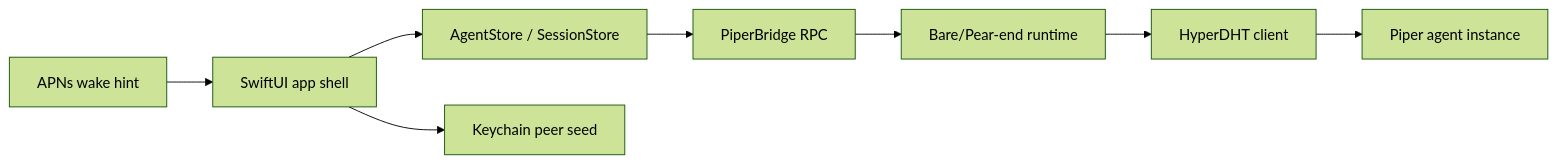
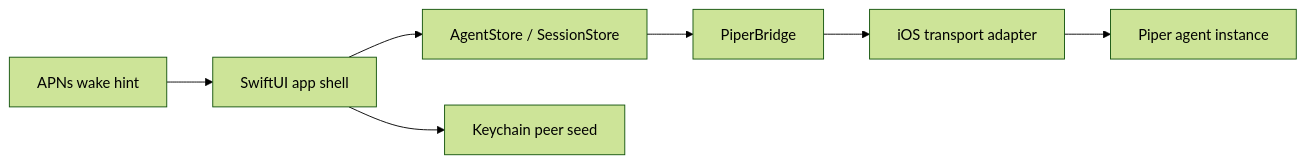
The diagram in docs/ios-networking-spike.md (brucejaya/piper), drawn with Mermaid (forest theme) before and after one commit. The commit also changed other lines of this file and 3 other files, not shown here.

````diff
--- a/docs/ios-networking-spike.md
+++ b/docs/ios-networking-spike.md
@@ -38,10 +42,9 @@
 ```mermaid
 flowchart LR
   SwiftUI["SwiftUI app shell"] --> State["AgentStore / SessionStore"]
-  State --> Bridge["PiperBridge RPC"]
-  Bridge --> Bare["Bare/Pear-end runtime"]
-  Bare --> HyperDHT["HyperDHT client"]
-  HyperDHT --> Agent["Piper agent instance"]
+  State --> Bridge["PiperBridge"]
+  Bridge --> Transport["iOS transport adapter"]
+  Transport --> Agent["Piper agent instance"]
   SwiftUI --> Keychain["Keychain peer seed"]
   APNS["APNs wake hint"] --> SwiftUI
 ```
````
